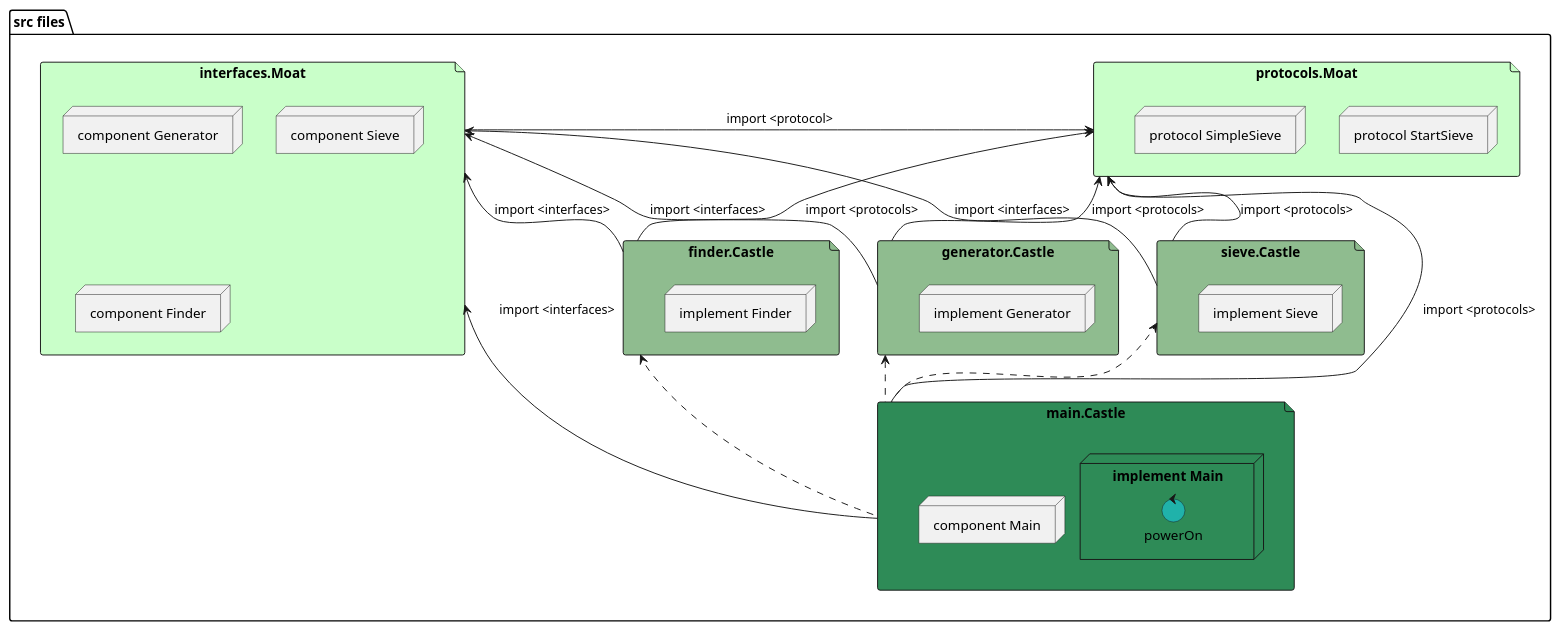
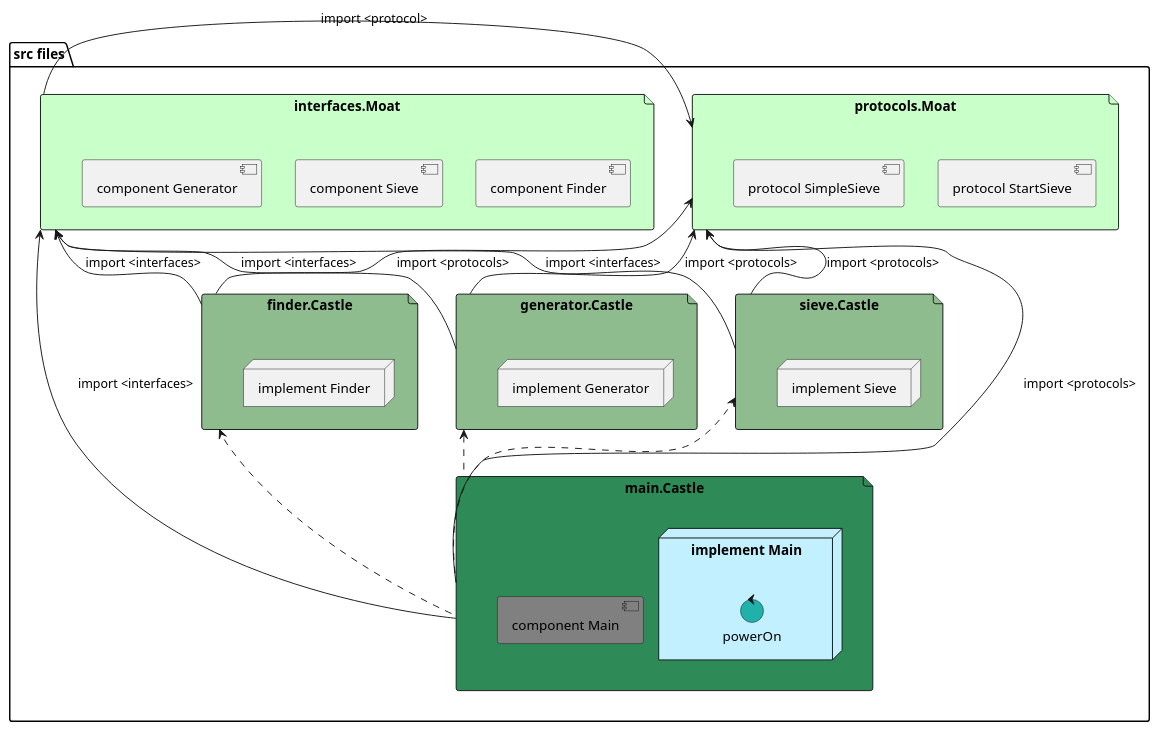
The diagram in TestDoubles_packages/TestDoubles-aigr-sieve/doc/basic1-import.puml (AlbertMietus/CCastle2.hg), drawn with PlantUML before and after one commit. The commit also changed 19 other files, not shown here.

```diff
--- a/TestDoubles_packages/TestDoubles-aigr-sieve/doc/basic1-import.puml
+++ b/TestDoubles_packages/TestDoubles-aigr-sieve/doc/basic1-import.puml
@@ -2,46 +2,48 @@
 @startuml
 
 folder "src files" {
 
    file "protocols.Moat"                as p #Technology {
-     node "protocol StartSieve"
-     node "protocol SimpleSieve"
+     component "protocol StartSieve"
+     component "protocol SimpleSieve"
    }
    file "interfaces.Moat"               as i #Technology {
-     node "component Generator"
-     node "component Sieve"
-     node "component Finder"
+     component "component Generator" as gi
+     component "component Sieve"     as si
+     component "component Finder"    as fi
+     gi -right[hidden]-> si
+     si -right[hidden]-> fi
    }
-     p <- i : "import <protocol>"
+     i->p : "import <protocol>"
 
 
    file "generator.Castle"              as G #DarkSeaGreen {
      node "implement Generator"
    }
      i <-- G : import <interfaces>
      p <-- G : import <protocols>
    file "sieve.Castle"                  as S #DarkSeaGreen {
      node "implement Sieve"
    }
      i <-- S : import <interfaces>
      p <-- S : import <protocols>
    file "finder.Castle"                 as F #DarkSeaGreen {
      node "implement Finder"
    }
      i <-- F : import <interfaces>
      p <-- F : import <protocols>
 
    file "main.Castle"                   as M #SeaGreen {
-     node "component Main"
-     node "implement Main" {
+     component "component Main" #gray
+     node "implement Main" #application {
       control powerOn #LightSeaGreen
      }
    }
      i <--- M : import <interfaces>
      p <--- M : import <protocols>
 
-     G <. M
-     S <. M
-     F <. M
+     G <.. M
+     S <.. M
+     F <.. M
 }
    @enduml
```
